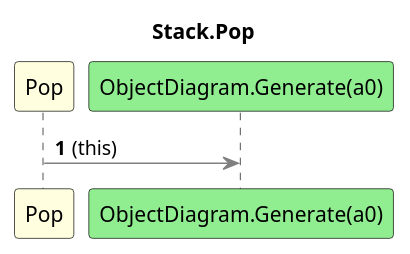
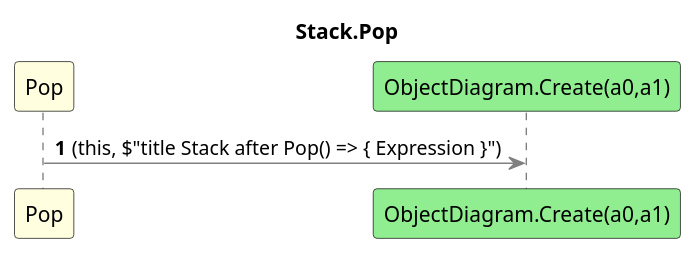
The diagram in UPNCalculator.ConApp/diagrams/sq_Stack_Pop.puml (leoggehrer/2324-34_ABIF_ACIF_POSE), drawn with PlantUML before and after one commit. The commit also changed 14 other files, not shown here.

```diff
--- a/UPNCalculator.ConApp/diagrams/sq_Stack_Pop.puml
+++ b/UPNCalculator.ConApp/diagrams/sq_Stack_Pop.puml
@@ -1,7 +1,7 @@
 @startuml Stack.Pop
 title Stack.Pop
 participant "Pop" as Pop #LightYellow
-participant "ObjectDiagram.Generate(a0)" as ObjectDiagram_Generate_a0 #LightGreen
+participant "ObjectDiagram.Create(a0,a1)" as ObjectDiagram_Create_a0_a1 #LightGreen
 autonumber
-Pop -[#grey]> ObjectDiagram_Generate_a0 : (this)
+Pop -[#grey]> ObjectDiagram_Create_a0_a1 : (this, $"title Stack after Pop() => { Expression }")
 @enduml
```
